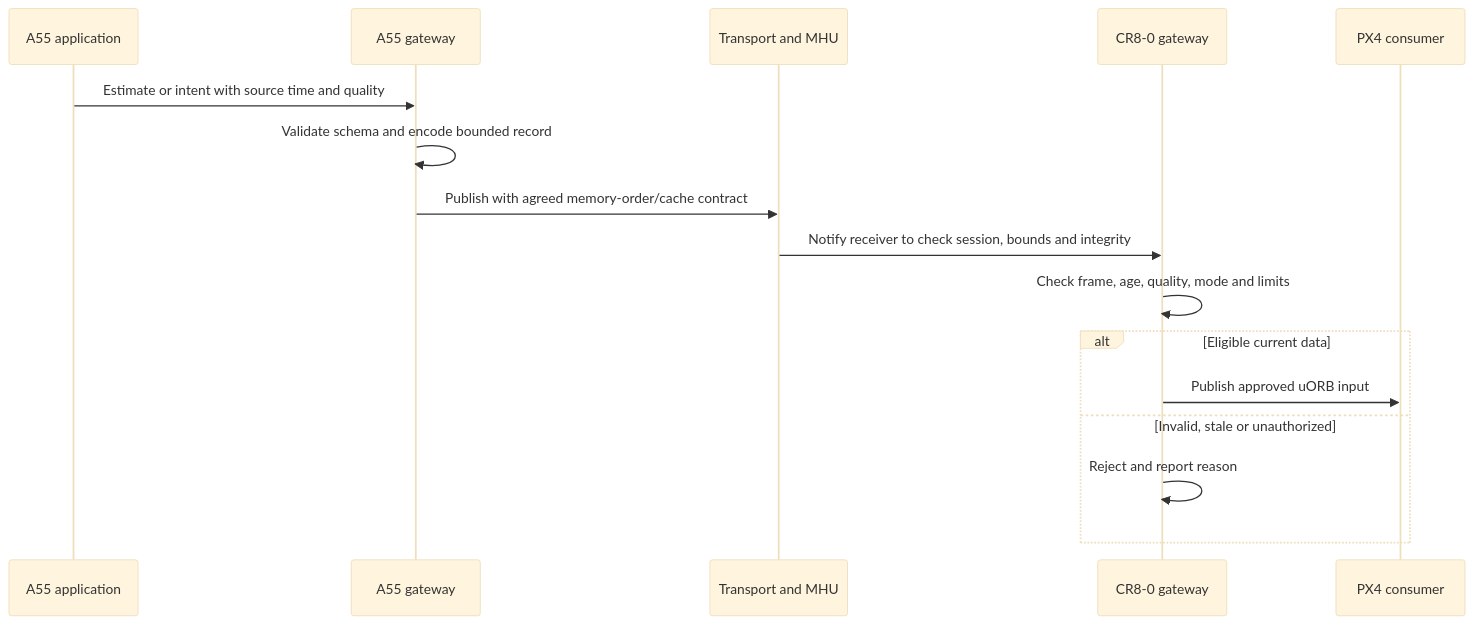
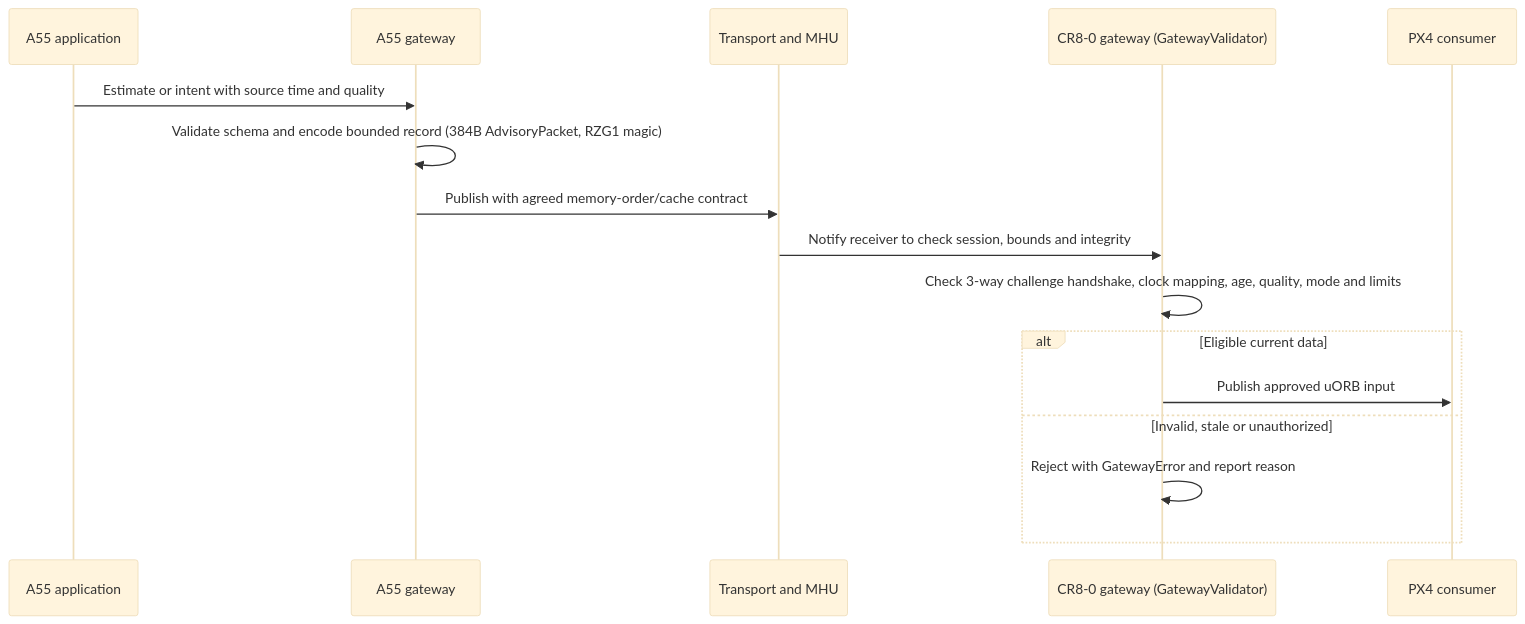
Before and after one commit to nguyentri/PX4-Autopilot: the second of 5 diagrams in docs/renesas/marketing/rzv2h-software-specification.md, drawn with Mermaid (base theme). The commit also changed other lines of this file and 27 other files, not shown here.

````diff
--- a/docs/renesas/marketing/rzv2h-software-specification.md
+++ b/docs/renesas/marketing/rzv2h-software-specification.md
@@ -318,18 +329,18 @@
 ```mermaid
 sequenceDiagram
     participant App as A55 application
     participant Tx as A55 gateway
     participant IPC as Transport and MHU
-    participant Rx as CR8-0 gateway
+    participant Rx as CR8-0 gateway (GatewayValidator)
     participant PX4 as PX4 consumer
     App->>Tx: Estimate or intent with source time and quality
-    Tx->>Tx: Validate schema and encode bounded record
+    Tx->>Tx: Validate schema and encode bounded record (384B AdvisoryPacket, RZG1 magic)
     Tx->>IPC: Publish with agreed memory-order/cache contract
     IPC->>Rx: Notify receiver to check session, bounds and integrity
-    Rx->>Rx: Check frame, age, quality, mode and limits
+    Rx->>Rx: Check 3-way challenge handshake, clock mapping, age, quality, mode and limits
     alt Eligible current data
         Rx->>PX4: Publish approved uORB input
     else Invalid, stale or unauthorized
-        Rx->>Rx: Reject and report reason
+        Rx->>Rx: Reject with GatewayError and report reason
     end
 ```
````
